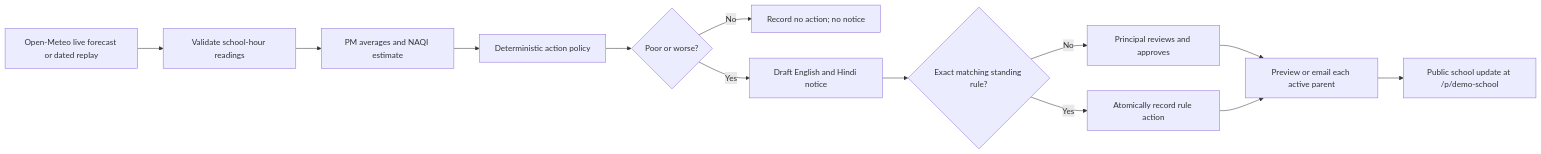
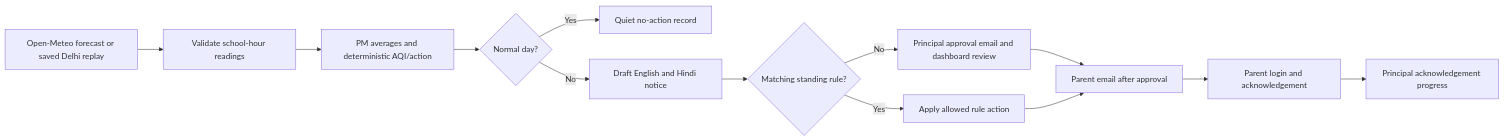
The diagram in README.md (rutujthakare0/saans), drawn with Mermaid before and after one commit. The commit also changed other lines of this file and 44 other files, not shown here.

Commit message:
Complete school setup and parent acknowledgement flow

````diff
--- a/README.md
+++ b/README.md
@@ -38,15 +46,15 @@
 ```mermaid
 flowchart LR
-  A[Open-Meteo live forecast or dated replay] --> B[Validate school-hour readings]
-  B --> C[PM averages and NAQI estimate]
-  C --> D[Deterministic action policy]
-  D --> E{Poor or worse?}
-  E -- No --> F[Record no action; no notice]
-  E -- Yes --> G[Draft English and Hindi notice]
-  G --> H{Exact matching standing rule?}
-  H -- No --> I[Principal reviews and approves]
-  H -- Yes --> J[Atomically record rule action]
-  I --> K[Preview or email each active parent]
-  J --> K
-  K --> L[Public school update at /p/demo-school]
+  A[Open-Meteo forecast or saved Delhi replay] --> B[Validate school-hour readings]
+  B --> C[PM averages and deterministic AQI/action]
+  C --> D{Normal day?}
+  D -- Yes --> E[Quiet no-action record]
+  D -- No --> F[Draft English and Hindi notice]
+  F --> G{Matching standing rule?}
+  G -- No --> H[Principal approval email and dashboard review]
+  G -- Yes --> I[Apply allowed rule action]
+  H --> J[Parent email after approval]
+  I --> J
+  J --> K[Parent login and acknowledgement]
+  K --> L[Principal acknowledgement progress]
 ```
````
